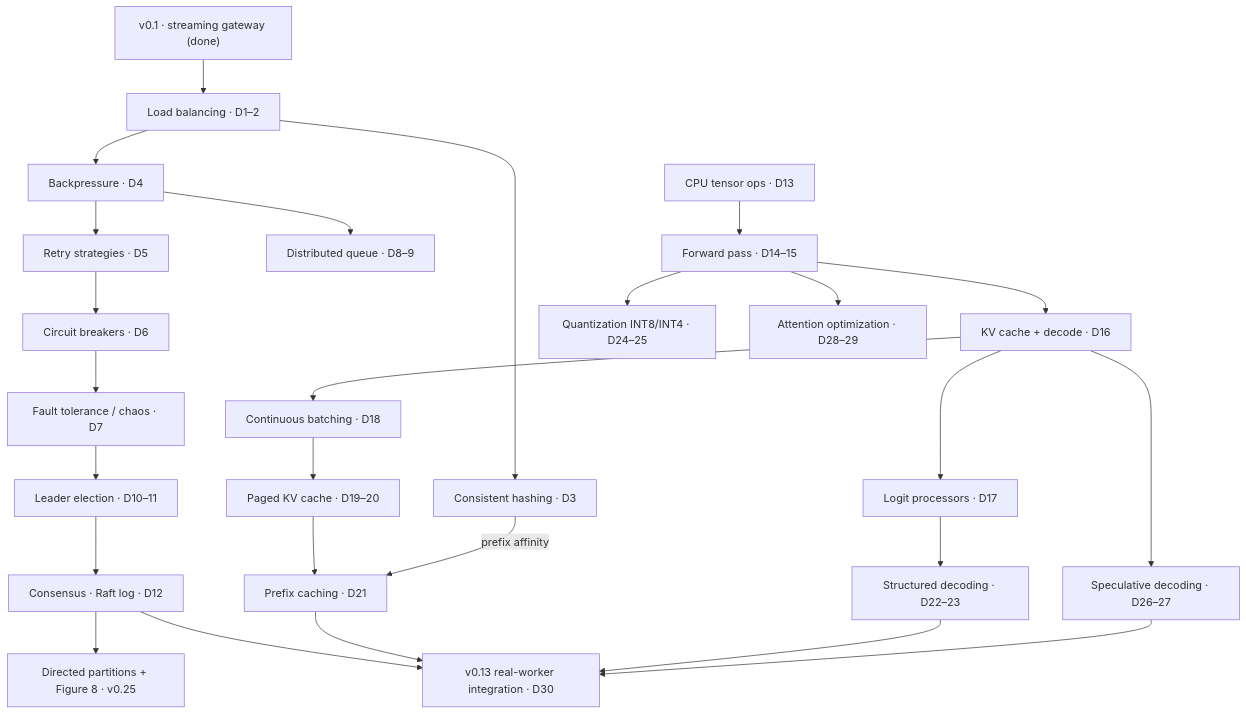
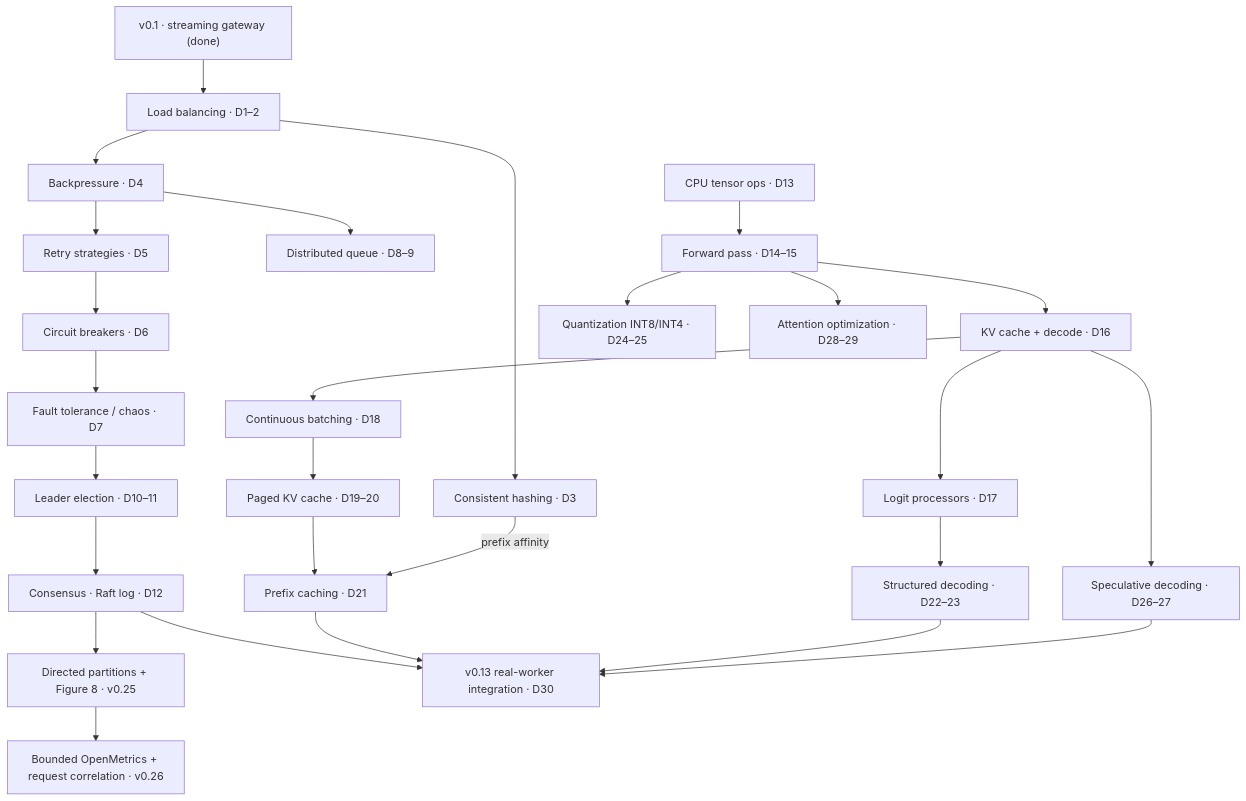
The diagram in docs/plan-30-days.md (conan505/inferLab), drawn with Mermaid before and after one commit. The commit also changed other lines of this file and 122 other files, not shown here.

````diff
--- a/docs/plan-30-days.md
+++ b/docs/plan-30-days.md
@@ -11,29 +11,30 @@
 ```mermaid
 flowchart TD
     S["v0.1 · streaming gateway (done)"] --> LB["Load balancing · D1–2"]
     LB --> CH["Consistent hashing · D3"]
     LB --> BP["Backpressure · D4"]
     BP --> RT["Retry strategies · D5"]
     RT --> CB["Circuit breakers · D6"]
     CB --> FT["Fault tolerance / chaos · D7"]
     BP --> DQ["Distributed queue · D8–9"]
     FT --> LE["Leader election · D10–11"]
     LE --> CS["Consensus · Raft log · D12"]
     CS --> PART["Directed partitions + Figure 8 · v0.25"]
+    PART --> OBS["Bounded OpenMetrics + request correlation · v0.26"]
 
     S2["CPU tensor ops · D13"] --> FP["Forward pass · D14–15"]
     FP --> KV["KV cache + decode · D16"]
     KV --> LP["Logit processors · D17"]
     KV --> CBATCH["Continuous batching · D18"]
     CBATCH --> PKV["Paged KV cache · D19–20"]
     PKV --> PC["Prefix caching · D21"]
     CH -->|prefix affinity| PC
     LP --> SD["Structured decoding · D22–23"]
     FP --> QZ["Quantization INT8/INT4 · D24–25"]
     KV --> SPEC["Speculative decoding · D26–27"]
     FP --> ATT["Attention optimization · D28–29"]
     CS --> INT["v0.13 real-worker integration · D30"]
     PC --> INT
     SD --> INT
     SPEC --> INT
 ```
````
